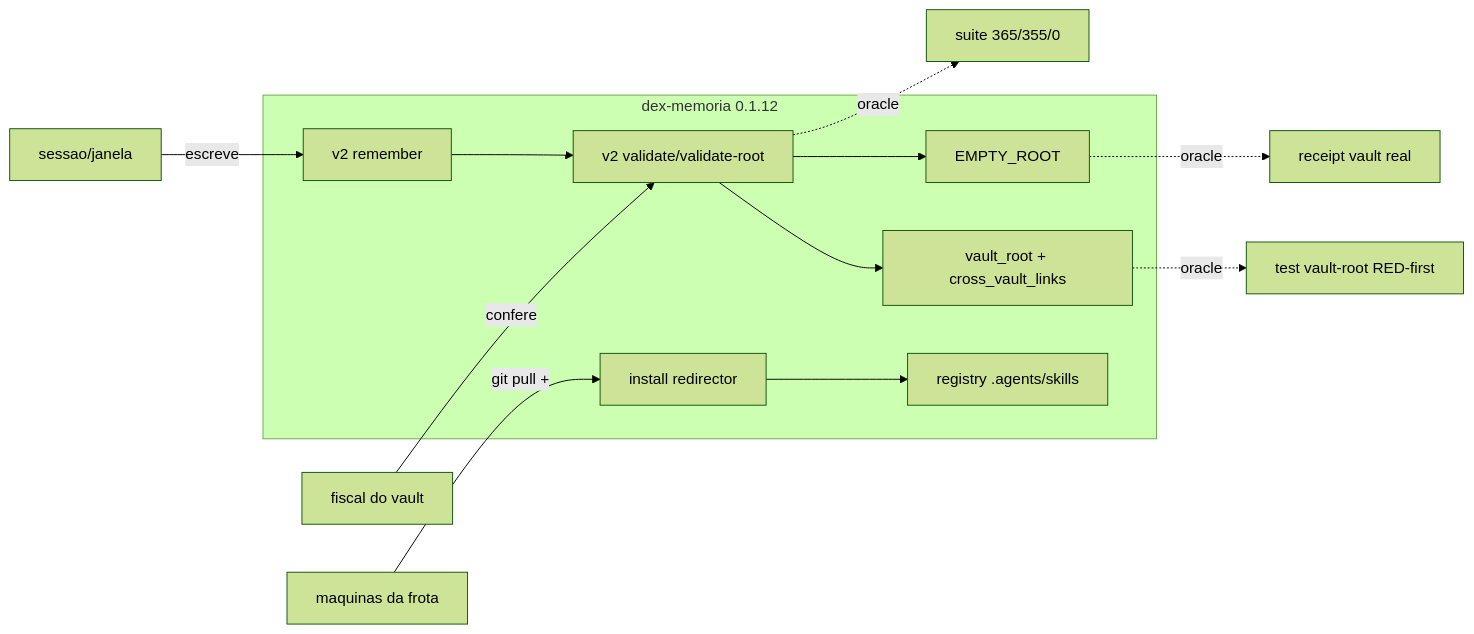
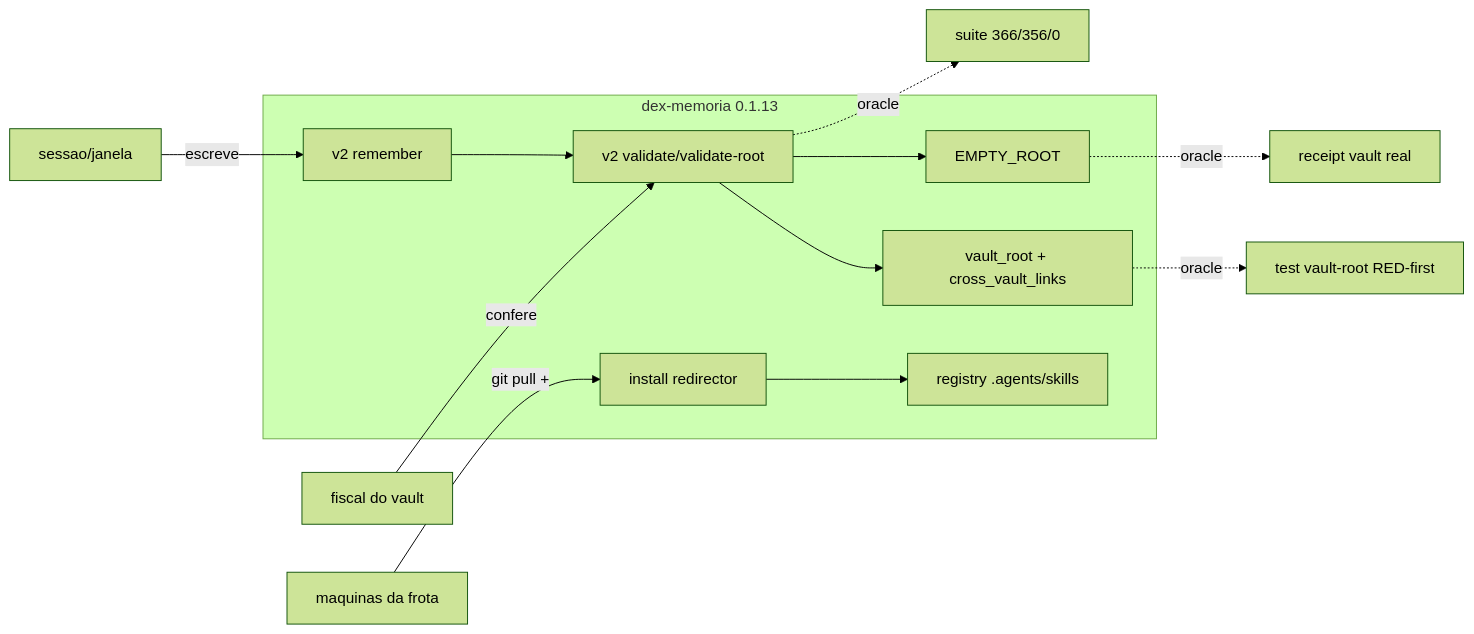
The diagram in CAPACITY.md (dex-agent/dex-memoria), drawn with Mermaid (forest theme) before and after one commit. The commit also changed other lines of this file and 9 other files, not shown here.

````diff
--- a/CAPACITY.md
+++ b/CAPACITY.md
@@ -35,15 +35,15 @@
 ```mermaid
 flowchart LR
-  subgraph pacote[dex-memoria 0.1.12]
+  subgraph pacote[dex-memoria 0.1.13]
     REM[v2 remember] --> VAL[v2 validate/validate-root]
     VAL --> VR[vault_root + cross_vault_links]
     VAL --> ER[EMPTY_ROOT]
     INS[install redirector] --> REG[registry .agents/skills]
   end
   SESS[sessao/janela] -->|escreve| REM
   FISC[fiscal do vault] -->|confere| VAL
   FROTA[maquinas da frota] -->|git pull +| INS
-  VAL -.->|oracle| TEST[suite 365/355/0]
+  VAL -.->|oracle| TEST[suite 366/356/0]
   VR -.->|oracle| VRT[test vault-root RED-first]
   ER -.->|oracle| REAL[receipt vault real]
 ```
````
